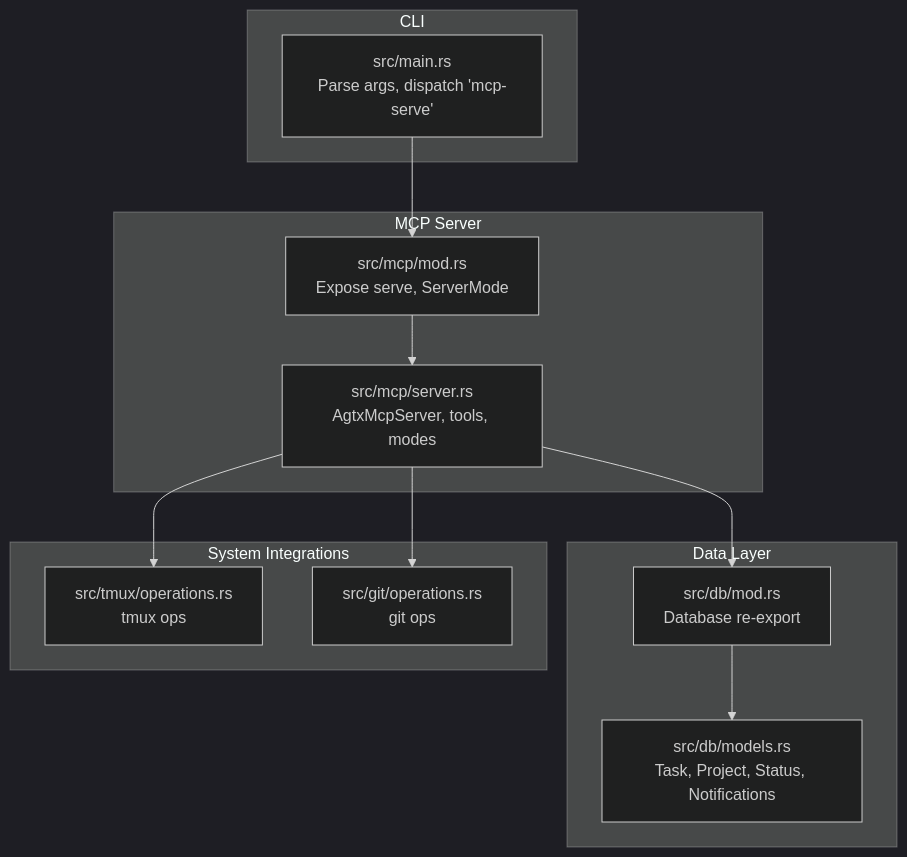
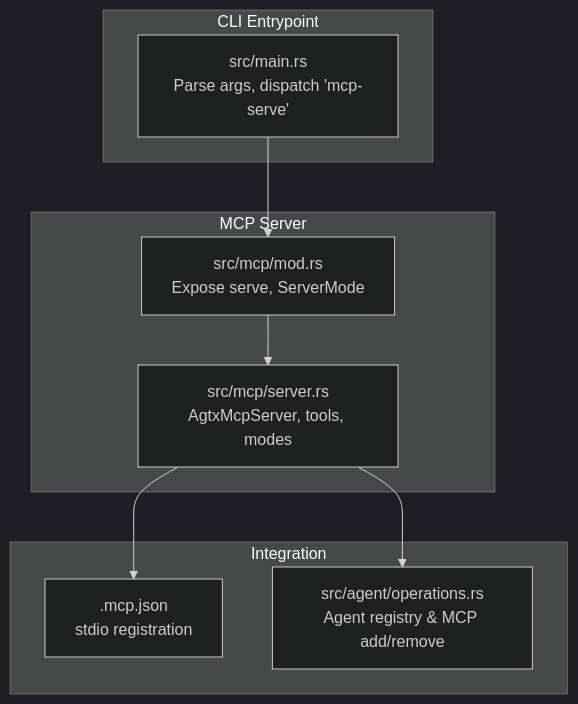
One commit to bramburn/agtx changed the first of 5 diagrams in .qoder/repowiki/en/content/MCP Server/MCP Server.md. Above: the diagram before and after it, drawn with Mermaid (dark theme). The commit also changed other lines of this file and 140 other files, not shown here.

````diff
--- a/.qoder/repowiki/en/content/MCP Server/MCP Server.md
+++ b/.qoder/repowiki/en/content/MCP Server/MCP Server.md
@@ -42,24 +34,18 @@
 ```mermaid
 graph TB
-subgraph "CLI"
+subgraph "CLI Entrypoint"
 MAIN["src/main.rs<br/>Parse args, dispatch 'mcp-serve'"]
 end
 subgraph "MCP Server"
 MOD["src/mcp/mod.rs<br/>Expose serve, ServerMode"]
 SRV["src/mcp/server.rs<br/>AgtxMcpServer, tools, modes"]
 end
-subgraph "Data Layer"
-DBMOD["src/db/mod.rs<br/>Database re-export"]
-MODELS["src/db/models.rs<br/>Task, Project, Status, Notifications"]
-end
-subgraph "System Integrations"
-TMUX["src/tmux/operations.rs<br/>tmux ops"]
-GITOPS["src/git/operations.rs<br/>git ops"]
+subgraph "Integration"
+CFG[".mcp.json<br/>stdio registration"]
+AGOPS["src/agent/operations.rs<br/>Agent registry & MCP add/remove"]
 end
 MAIN --> MOD
 MOD --> SRV
-SRV --> DBMOD
-SRV --> TMUX
-SRV --> GITOPS
-DBMOD --> MODELS
+SRV --> CFG
+SRV --> AGOPS
 ```
````
